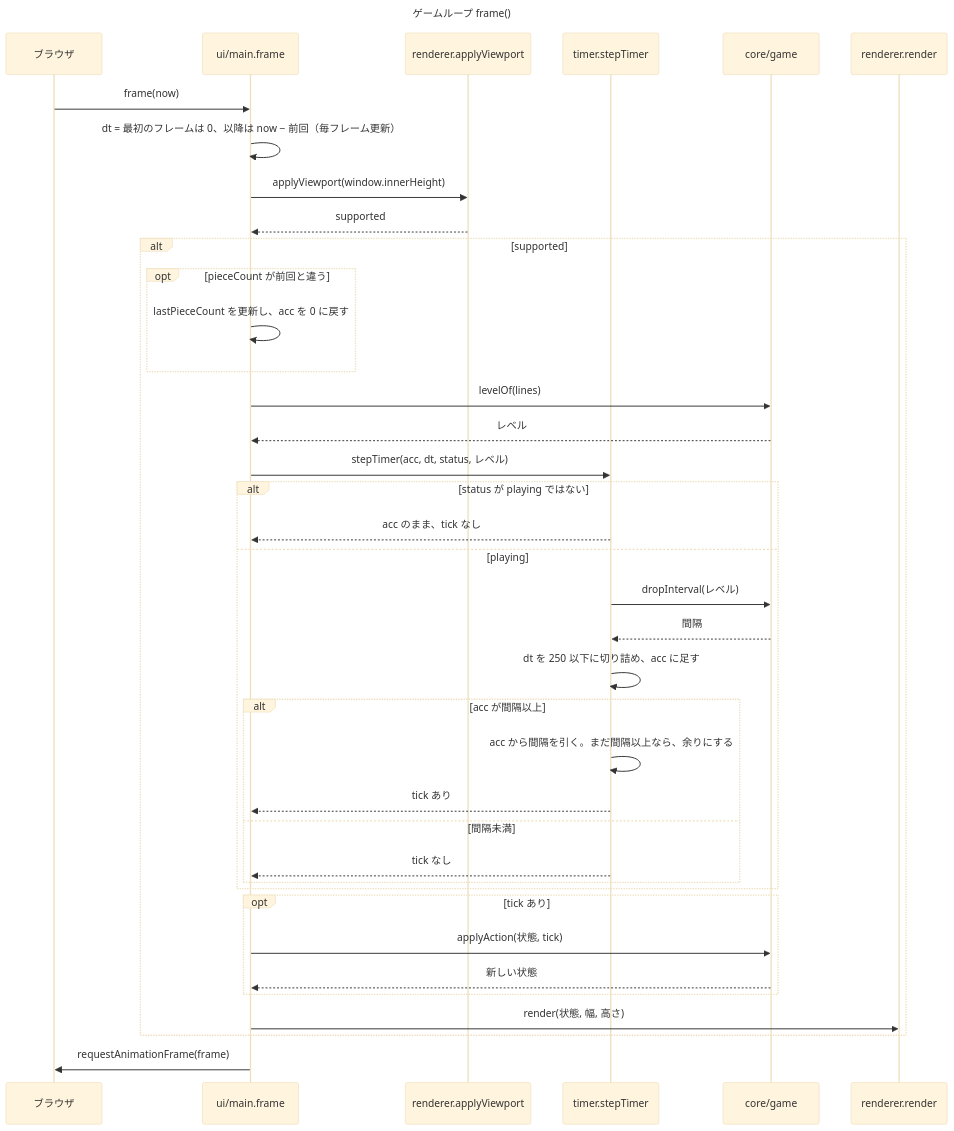
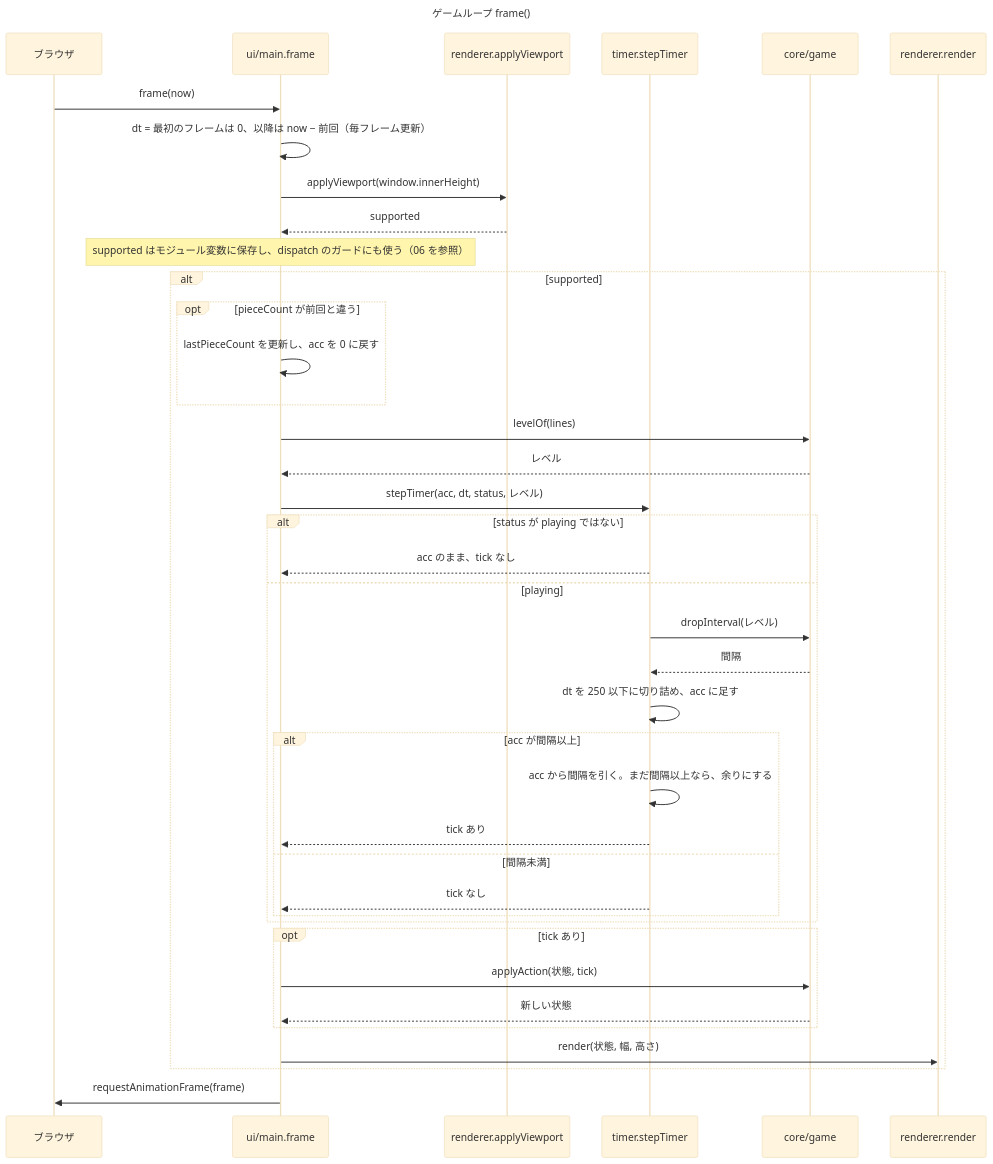
Before and after one commit to yoshimaru0419/mobile-claude-test: the diagram in docs/diagrams/detail/05-game-loop.mmd, drawn with Mermaid (base theme). The commit also changed 5 other files, not shown here.

First line of the commit message:
API-109: 詳細設計のシーケンス図に、レビューの指摘を反映する

```diff
--- a/docs/diagrams/detail/05-game-loop.mmd
+++ b/docs/diagrams/detail/05-game-loop.mmd
@@ -1,41 +1,42 @@
 ---
 title: ゲームループ frame()
 ---
 sequenceDiagram
   participant B as ブラウザ
   participant M as ui/main.frame
   participant R as renderer.applyViewport
   participant T as timer.stepTimer
   participant G as core/game
   participant V as renderer.render
   B->>M: frame(now)
   M->>M: dt = 最初のフレームは 0、以降は now − 前回（毎フレーム更新）
   M->>R: applyViewport(window.innerHeight)
   R-->>M: supported
+  Note over M: supported はモジュール変数に保存し、dispatch のガードにも使う（06 を参照）
   alt supported
     opt pieceCount が前回と違う
       M->>M: lastPieceCount を更新し、acc を 0 に戻す
     end
     M->>G: levelOf(lines)
     G-->>M: レベル
     M->>T: stepTimer(acc, dt, status, レベル)
     alt status が playing ではない
       T-->>M: acc のまま、tick なし
     else playing
       T->>G: dropInterval(レベル)
       G-->>T: 間隔
       T->>T: dt を 250 以下に切り詰め、acc に足す
       alt acc が間隔以上
         T->>T: acc から間隔を引く。まだ間隔以上なら、余りにする
         T-->>M: tick あり
       else 間隔未満
         T-->>M: tick なし
       end
     end
     opt tick あり
       M->>G: applyAction(状態, tick)
       G-->>M: 新しい状態
     end
     M->>V: render(状態, 幅, 高さ)
   end
   M->>B: requestAnimationFrame(frame)
```
